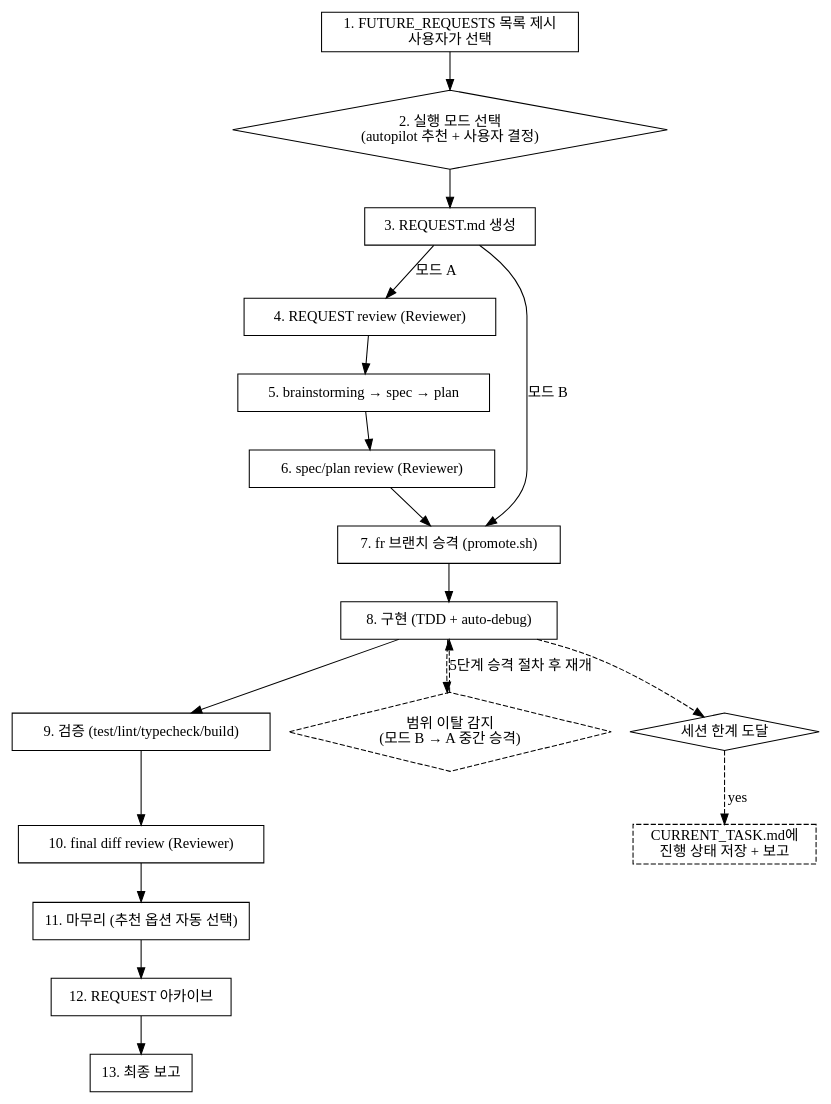
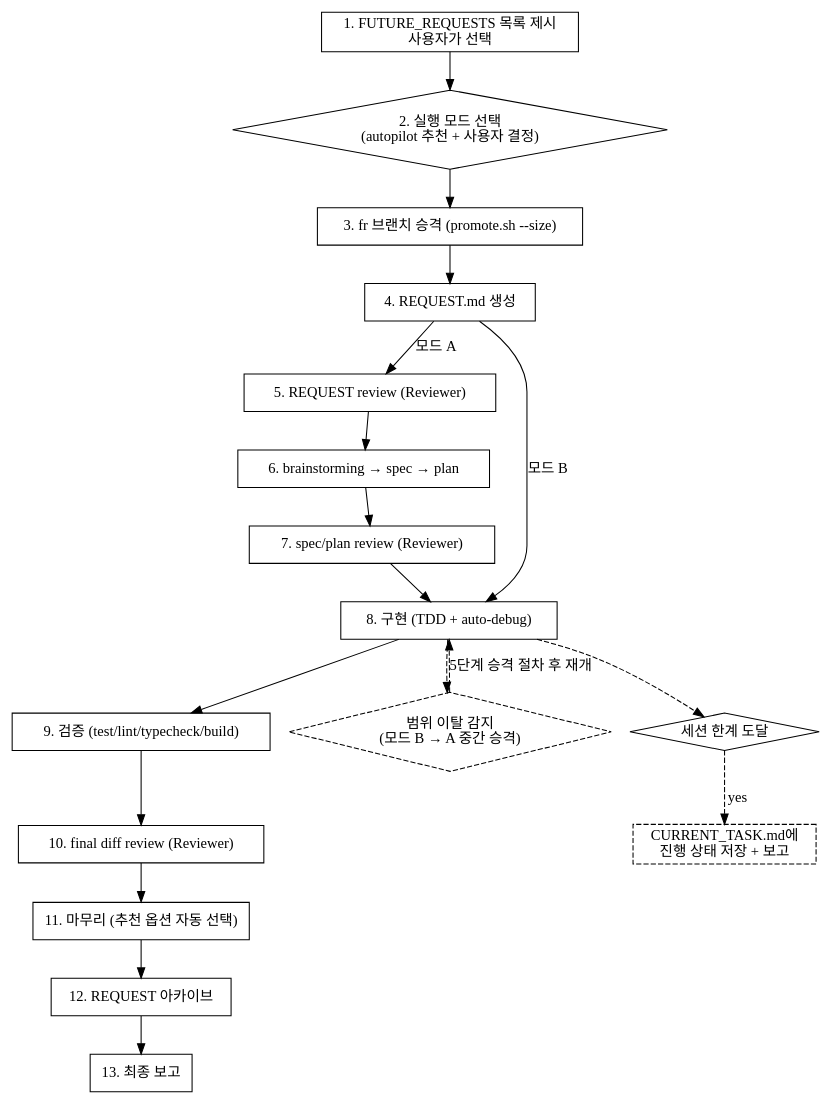
The diagram in rd-workflow/claude_skills/autopilot/SKILL.md (JuseongJee/review-driven-ai-workflow), drawn with Graphviz before and after one commit. The commit also changed other lines of this file and 34 other files, not shown here.

````diff
--- a/rd-workflow/claude_skills/autopilot/SKILL.md
+++ b/rd-workflow/claude_skills/autopilot/SKILL.md
@@ -12,36 +12,36 @@
 ```dot
 digraph autopilot {
     rankdir=TB;
     node [shape=box];
 
     select [label="1. FUTURE_REQUESTS 목록 제시\n사용자가 선택"];
     mode [label="2. 실행 모드 선택\n(autopilot 추천 + 사용자 결정)" shape=diamond];
-    request [label="3. REQUEST.md 생성"];
-    request_review [label="4. REQUEST review (Reviewer)"];
-    design [label="5. brainstorming → spec → plan"];
-    spec_review [label="6. spec/plan review (Reviewer)"];
-    branch [label="7. fr 브랜치 승격 (promote.sh)"];
+    branch [label="3. fr 브랜치 승격 (promote.sh --size)"];
+    request [label="4. REQUEST.md 생성"];
+    request_review [label="5. REQUEST review (Reviewer)"];
+    design [label="6. brainstorming → spec → plan"];
+    spec_review [label="7. spec/plan review (Reviewer)"];
     implement [label="8. 구현 (TDD + auto-debug)"];
     verify [label="9. 검증 (test/lint/typecheck/build)"];
     diff_review [label="10. final diff review (Reviewer)"];
     finish [label="11. 마무리 (추천 옵션 자동 선택)"];
     archive [label="12. REQUEST 아카이브"];
     report [label="13. 최종 보고"];
 
-    select -> mode -> request;
+    select -> mode -> branch -> request;
     request -> request_review [label="모드 A"];
-    request_review -> design -> spec_review -> branch;
-    request -> branch [label="모드 B"];
-    branch -> implement -> verify -> diff_review -> finish -> archive -> report;
+    request_review -> design -> spec_review -> implement;
+    request -> implement [label="모드 B"];
+    implement -> verify -> diff_review -> finish -> archive -> report;
 
     escalate [label="범위 이탈 감지\n(모드 B → A 중간 승격)" shape=diamond style=dashed];
     implement -> escalate [style=dashed];
     escalate -> implement [label="5단계 승격 절차 후 재개" style=dashed];
 
     session_limit [label="세션 한계 도달" shape=diamond];
     save_state [label="CURRENT_TASK.md에\n진행 상태 저장 + 보고" shape=box style=dashed];
 
     implement -> session_limit [style=dashed];
     session_limit -> save_state [label="yes" style=dashed];
 }
 ```
````
